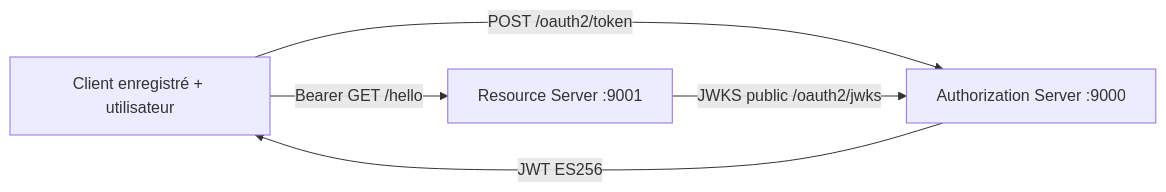
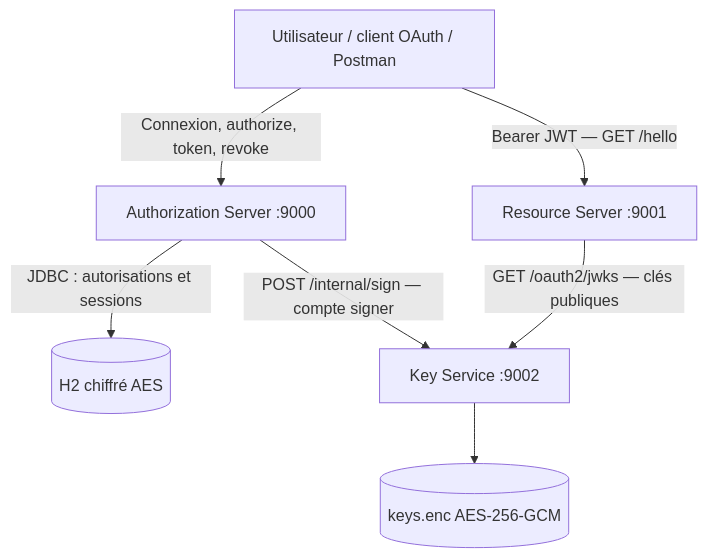
Before and after one commit to Challenges-AA/platform-oauth: the diagram in docs/ARCHITECTURE.md, drawn with Mermaid. The commit also changed other lines of this file and 1038 other files, not shown here.

First line of the commit message:
Implement PKCE authorization flow and rotating refresh tokens (#1) (#2)

````diff
--- a/docs/ARCHITECTURE.md
+++ b/docs/ARCHITECTURE.md
@@ -7,7 +7,15 @@
 ```mermaid
-flowchart LR
-    C[Client enregistré + utilisateur] -->|POST /oauth2/token| A[Authorization Server :9000]
-    A -->|JWT ES256| C
-    C -->|Bearer GET /hello| R[Resource Server :9001]
-    R -->|JWKS public /oauth2/jwks| A
+flowchart TB
+    C[Utilisateur / client OAuth / Postman]
+    AS[Authorization Server :9000]
+    RS[Resource Server :9001]
+    KS[Key Service :9002]
+    DB[(H2 chiffré AES)]
+    KEYS[(keys.enc AES-256-GCM)]
+    C -->|Connexion, authorize, token, revoke| AS
+    C -->|Bearer JWT — GET /hello| RS
+    AS -->|JDBC : autorisations et sessions| DB
+    AS -->|POST /internal/sign — compte signer| KS
+    RS -->|GET /oauth2/jwks — clés publiques| KS
+    KS --> KEYS
 ```
````
